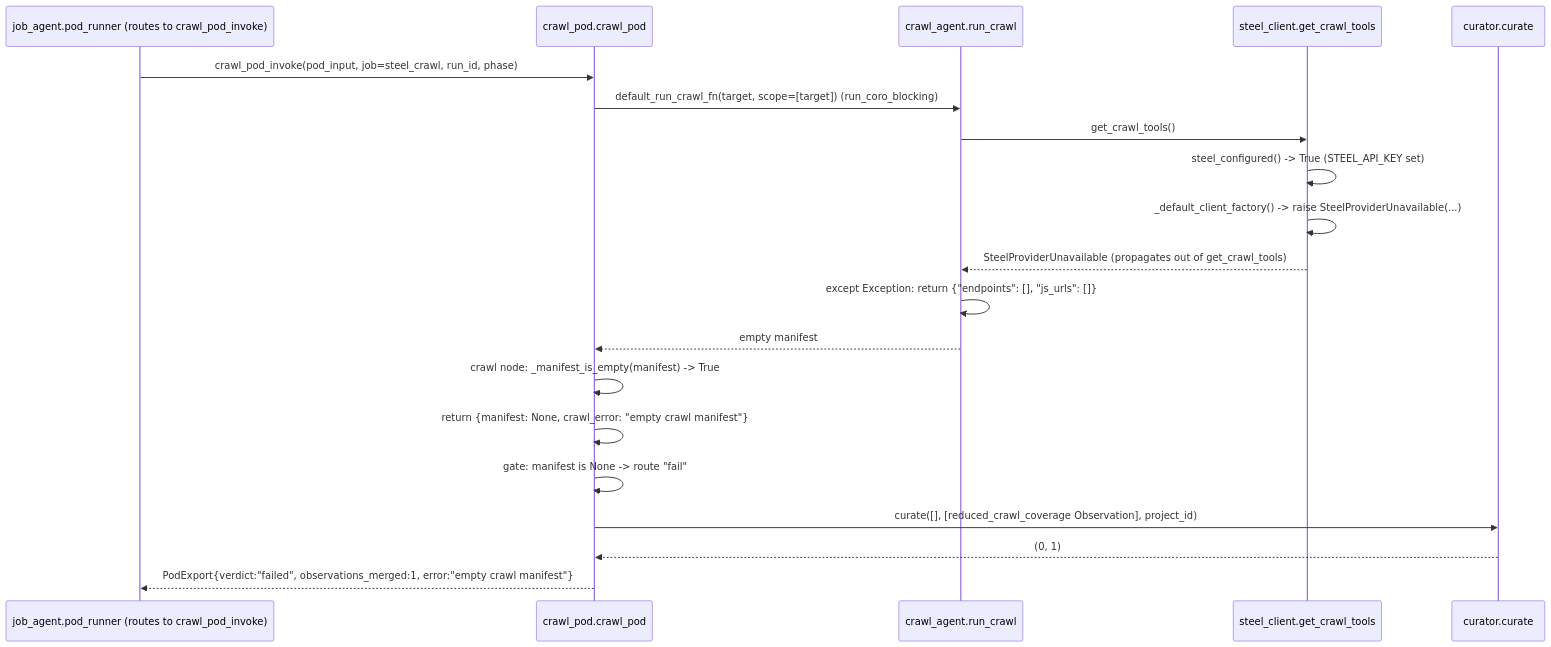
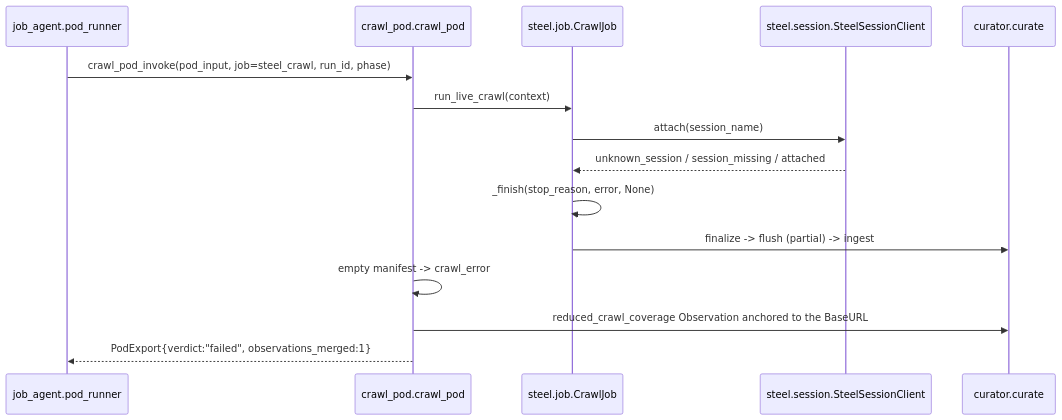
One commit to Diekgbbtt/polyphemus changed the fifth of 7 diagrams in docs/design/recon-pipeline-design.md. Above: the diagram before and after it, drawn with Mermaid. The commit also changed other lines of this file and 14 other files, not shown here.

First line of the commit message:
docs: assess the steel crawl FRs and converge the integration map

````diff
--- a/docs/design/recon-pipeline-design.md
+++ b/docs/design/recon-pipeline-design.md
@@ -386,23 +387,18 @@
 ```mermaid
 sequenceDiagram
-    participant JA as job_agent.pod_runner (routes to crawl_pod_invoke)
+    participant JA as job_agent.pod_runner
     participant CP as crawl_pod.crawl_pod
-    participant CA as crawl_agent.run_crawl
-    participant SC as steel_client.get_crawl_tools
+    participant CJ as steel.job.CrawlJob
+    participant SC as steel.session.SteelSessionClient
     participant CUR as curator.curate
 
     JA->>CP: crawl_pod_invoke(pod_input, job=steel_crawl, run_id, phase)
-    CP->>CA: default_run_crawl_fn(target, scope=[target])  (run_coro_blocking)
-    CA->>SC: get_crawl_tools()
-    SC->>SC: steel_configured() -> True (STEEL_API_KEY set)
-    SC->>SC: _default_client_factory() -> raise SteelProviderUnavailable(...)
-    SC-->>CA: SteelProviderUnavailable (propagates out of get_crawl_tools)
-    CA->>CA: except Exception: return {"endpoints": [], "js_urls": []}
-    CA-->>CP: empty manifest
-    CP->>CP: crawl node: _manifest_is_empty(manifest) -> True
-    CP->>CP: return {manifest: None, crawl_error: "empty crawl manifest"}
-    CP->>CP: gate: manifest is None -> route "fail"
-    CP->>CUR: curate([], [reduced_crawl_coverage Observation], project_id)
-    CUR-->>CP: (0, 1)
-    CP-->>JA: PodExport{verdict:"failed", observations_merged:1, error:"empty crawl manifest"}
+    CP->>CJ: run_live_crawl(context)
+    CJ->>SC: attach(session_name)
+    SC-->>CJ: unknown_session / session_missing / attached
+    CJ->>CJ: _finish(stop_reason, error, None)
+    CJ->>CUR: finalize -> flush (partial) -> ingest
+    CP->>CP: empty manifest -> crawl_error
+    CP->>CUR: reduced_crawl_coverage Observation anchored to the BaseURL
+    CP-->>JA: PodExport{verdict:"failed", observations_merged:1}
 ```
````
